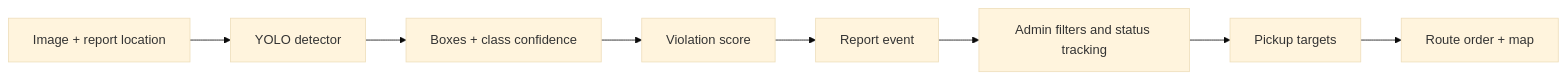
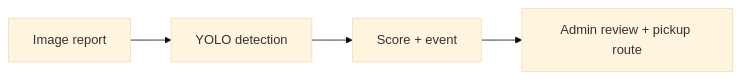
The diagram in README.md (yunakinn/scooter-anomaly-detection), drawn with Mermaid (base theme) before and after one commit. The commit also changed other lines of this file, not shown here.

````diff
--- a/README.md
+++ b/README.md
@@ -28,10 +64,6 @@
 ```mermaid
 flowchart LR
-    I["Image + report location"] --> Y["YOLO detector"]
-    Y --> D["Boxes + class confidence"]
-    D --> S["Violation score"]
-    S --> E["Report event"]
-    E --> A["Admin filters and status tracking"]
-    A --> R["Pickup targets"]
-    R --> M["Route order + map"]
+    I["Image report"] --> Y["YOLO detection"]
+    Y --> S["Score + event"]
+    S --> A["Admin review + pickup route"]
 ```
````
